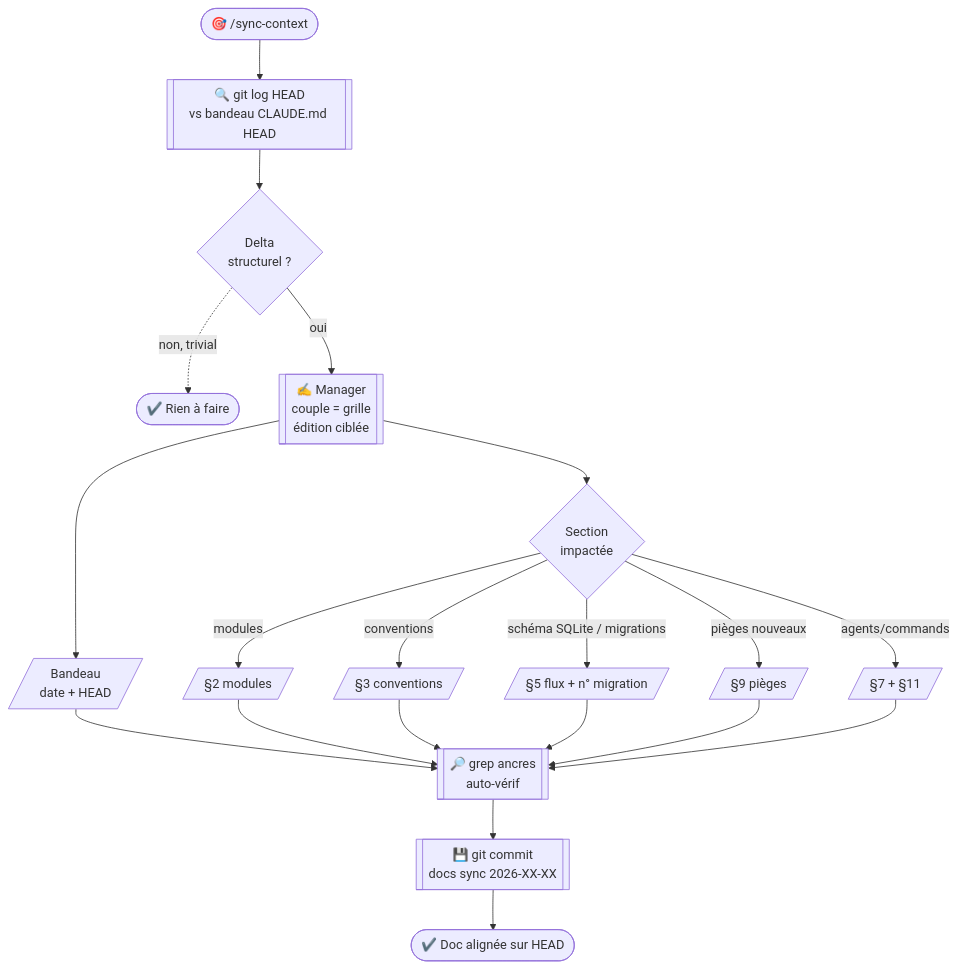
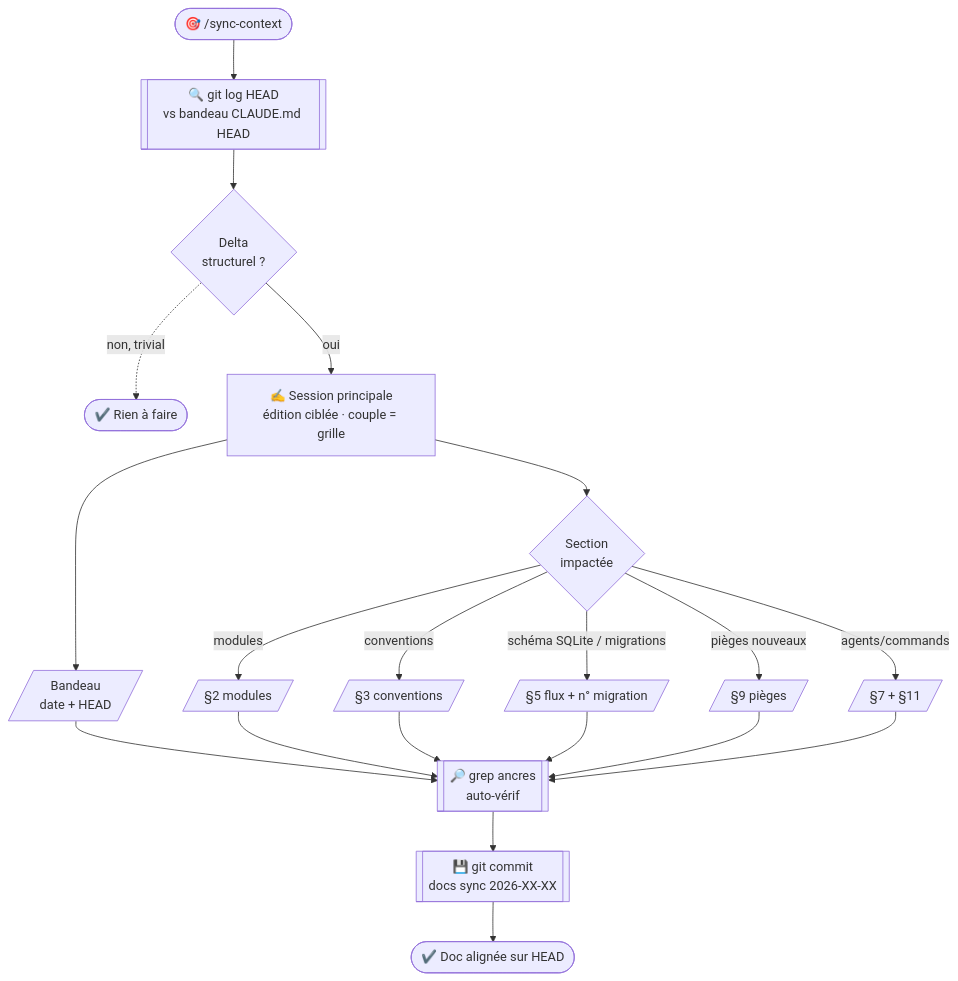
Before and after one commit to ChakirHamzaChahid/Plexhub-Backend: the fifth of 10 diagrams in .claude/WORKFLOWS-DIAGRAMS.md, drawn with Mermaid. The commit also changed other lines of this file and 1 other file, not shown here.

First line of the commit message:
docs(claude): cohérence doc ↔ diagrammes (revue multi-IA, lot A)

````diff
--- a/.claude/WORKFLOWS-DIAGRAMS.md
+++ b/.claude/WORKFLOWS-DIAGRAMS.md
@@ -126,17 +126,17 @@
 ```mermaid
 flowchart TD
   T([🎯 /sync-context]) --> DIFF[[🔍 git log HEAD<br/>vs bandeau CLAUDE.md HEAD]]
   DIFF --> CHECK{Delta<br/>structurel ?}
   CHECK -.->|non, trivial| END([✔️ Rien à faire])
-  CHECK -->|oui| MGR[[✍️ Manager<br/>couple = grille<br/>édition ciblée]]
+  CHECK -->|oui| MGR[✍️ Session principale<br/>édition ciblée · couple = grille]
   MGR --> B[/Bandeau<br/>date + HEAD/]
   MGR --> S{Section<br/>impactée}
   S -->|modules| S2[/§2 modules/]
   S -->|schéma SQLite / migrations| S5[/§5 flux + n° migration/]
   S -->|conventions| S3[/§3 conventions/]
   S -->|pièges nouveaux| S9[/§9 pièges/]
   S -->|agents/commands| SB[/§7 + §11/]
   B & S2 & S3 & S5 & S9 & SB --> V[[🔎 grep ancres<br/>auto-vérif]]
   V --> COMMIT[[💾 git commit<br/>docs sync 2026-XX-XX]]
   COMMIT --> END2([✔️ Doc alignée sur HEAD])
 ```
````
